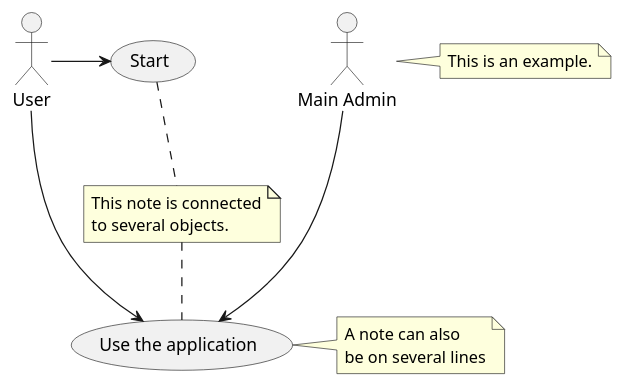
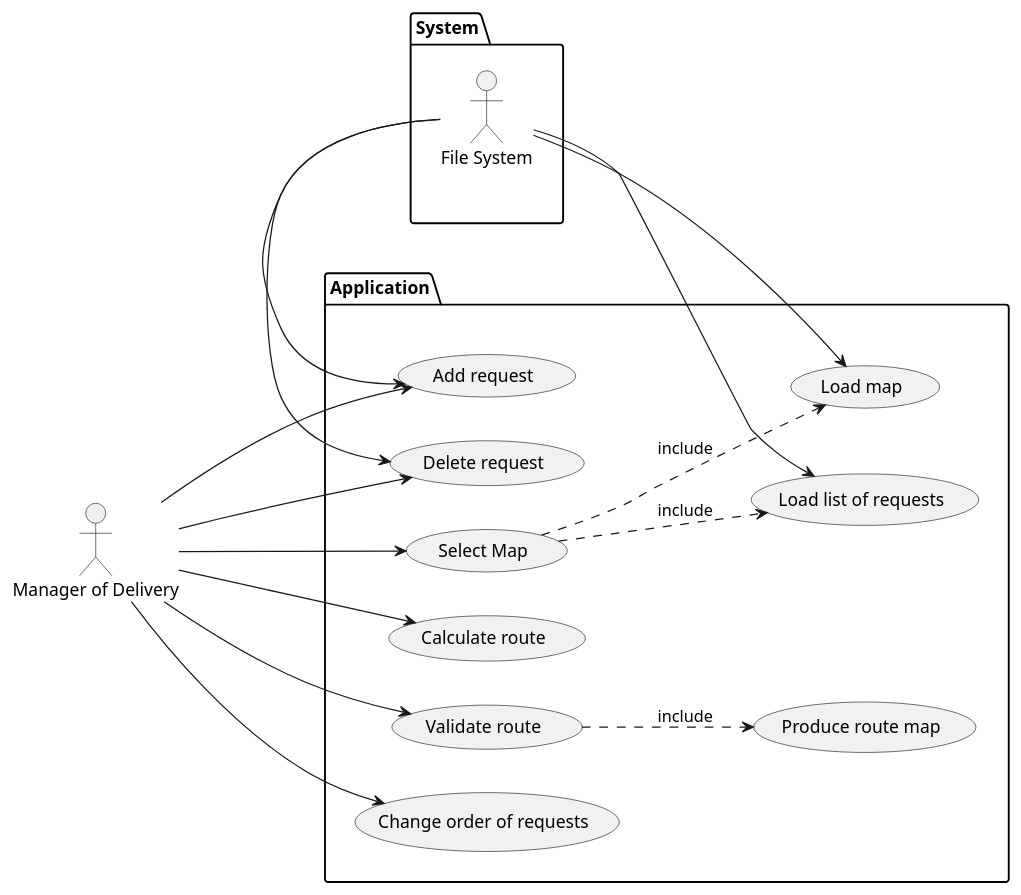
One commit to Karlenkko/Agile-OnErrand changed the diagram in src/documentation/UseCase.puml. Above: the diagram before and after it, drawn with PlantUML. The commit also changed 1 other file, not shown here.

```diff
--- a/src/documentation/UseCase.puml
+++ b/src/documentation/UseCase.puml
@@ -1,20 +1,47 @@
 @startuml
-:Main Admin: as Admin
-(Use the application) as (Use)
 
-User -> (Start)
-User --> (Use)
+left to right direction
 
-Admin ---> (Use)
+:Manager of Delivery: as User
+package System{
+:File System: as fs
+}
+package Application {
+    usecase "Select Map" as UC1
+    usecase "Load map" as UC2
+    usecase "Load list of requests" as UC3
 
-note right of Admin : This is an example.
+    UC1 ..> UC2 : include
+    UC1 ..> UC3 : include
 
-note right of (Use)
-A note can also
-be on several lines
-end note
 
-note "This note is connected\nto several objects." as N2
-(Start) .. N2
-N2 .. (Use)
+    usecase "Calculate route" as UC4
+    usecase "Validate route" as UC5
+    usecase "Add request" as UC6
+    usecase "Change order of requests" as UC7
+    usecase "Delete request" as UC8
+    usecase "Produce route map" as UC9
+
+    UC5 ..>UC9 : include
+}
+User -[hidden]->Application
+User ---> UC1
+User --> UC4
+User --> UC5
+User --> UC6
+User --> UC7
+User --> UC8
+Application -[hidden]> System
+fs -> UC2
+fs -> UC3
+fs -> UC6
+fs -> UC8
+'note left of UC1
+'the very first step
+'of using the application
+'end note
+
+'note "This note is connected\nto several objects." as N2
+'(Start) .. N2
+'N2 .. (Use)
 @enduml
```
